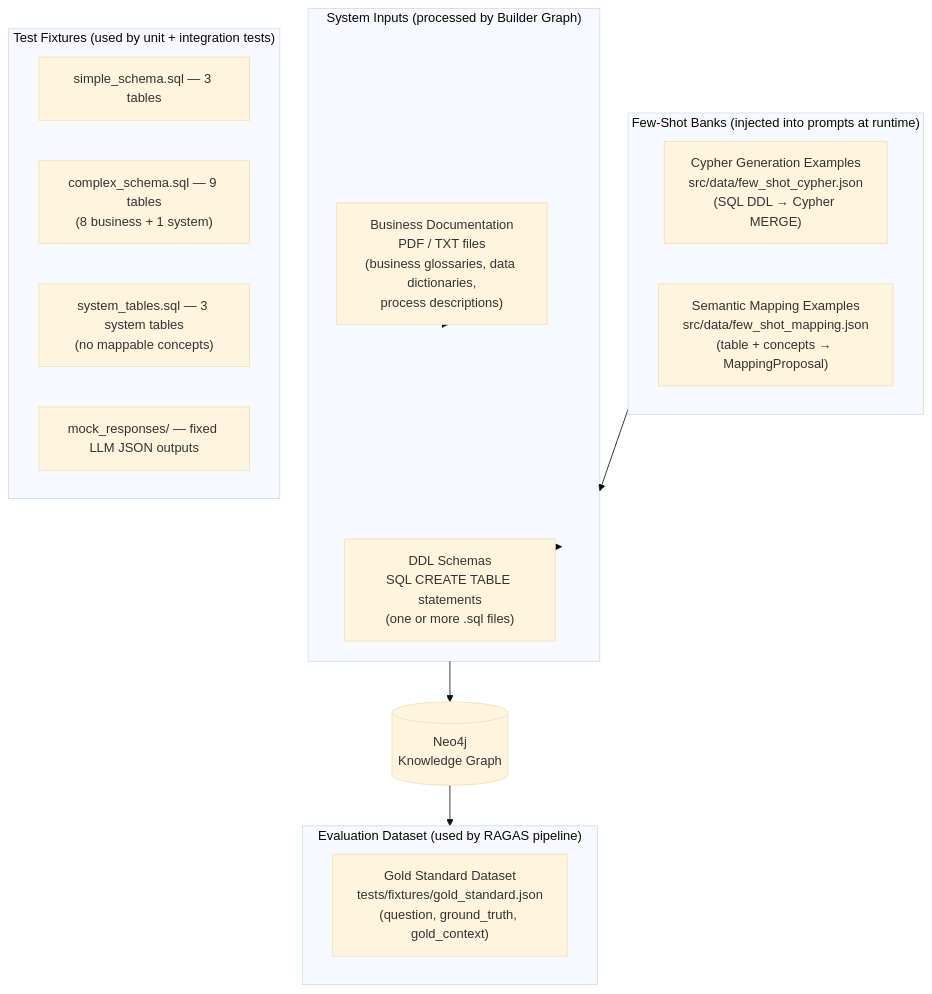
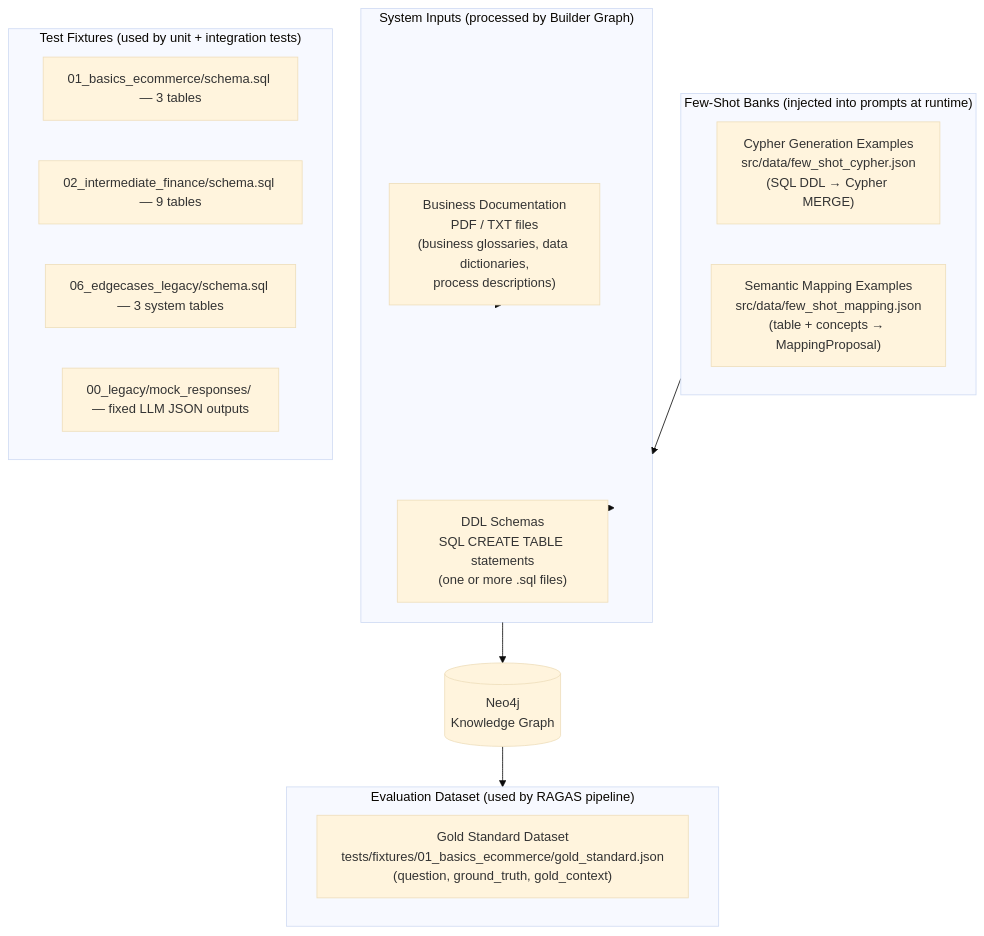
The diagram in docs/draft/DATASET.md (LookUpMark/semanticmesh), drawn with Mermaid (base theme) before and after one commit. The commit also changed other lines of this file and 63 other files, not shown here.

````diff
--- a/docs/draft/DATASET.md
+++ b/docs/draft/DATASET.md
@@ -25,29 +25,29 @@
 ```mermaid
 graph TD
     subgraph INPUTS["System Inputs (processed by Builder Graph)"]
         PDF["Business Documentation\nPDF / TXT files\n(business glossaries, data dictionaries,\nprocess descriptions)"]
         DDL["DDL Schemas\nSQL CREATE TABLE statements\n(one or more .sql files)"]
     end
 
     subgraph FEWSHOT["Few-Shot Banks (injected into prompts at runtime)"]
         FS_CYPHER["Cypher Generation Examples\nsrc/data/few_shot_cypher.json\n(SQL DDL → Cypher MERGE)"]
         FS_MAPPING["Semantic Mapping Examples\nsrc/data/few_shot_mapping.json\n(table + concepts → MappingProposal)"]
     end
 
     subgraph EVAL["Evaluation Dataset (used by RAGAS pipeline)"]
-        GOLD["Gold Standard Dataset\ntests/fixtures/gold_standard.json\n(question, ground_truth, gold_context)"]
+        GOLD["Gold Standard Dataset\ntests/fixtures/01_basics_ecommerce/gold_standard.json\n(question, ground_truth, gold_context)"]
     end
 
     subgraph FIXTURES["Test Fixtures (used by unit + integration tests)"]
-        SIMPLE["simple_schema.sql — 3 tables"]
-        COMPLEX["complex_schema.sql — 9 tables\n(8 business + 1 system)"]
-        SYSTEM["system_tables.sql — 3 system tables\n(no mappable concepts)"]
-        MOCK["mock_responses/ — fixed LLM JSON outputs"]
+        SIMPLE["01_basics_ecommerce/schema.sql — 3 tables"]
+        COMPLEX["02_intermediate_finance/schema.sql — 9 tables"]
+        SYSTEM["06_edgecases_legacy/schema.sql — 3 system tables"]
+        MOCK["00_legacy/mock_responses/ — fixed LLM JSON outputs"]
     end
 
     PDF --> INPUTS
     DDL --> INPUTS
     INPUTS --> NEO4J[("Neo4j\nKnowledge Graph")]
     NEO4J --> EVAL
     FEWSHOT --> INPUTS
 ```
````
